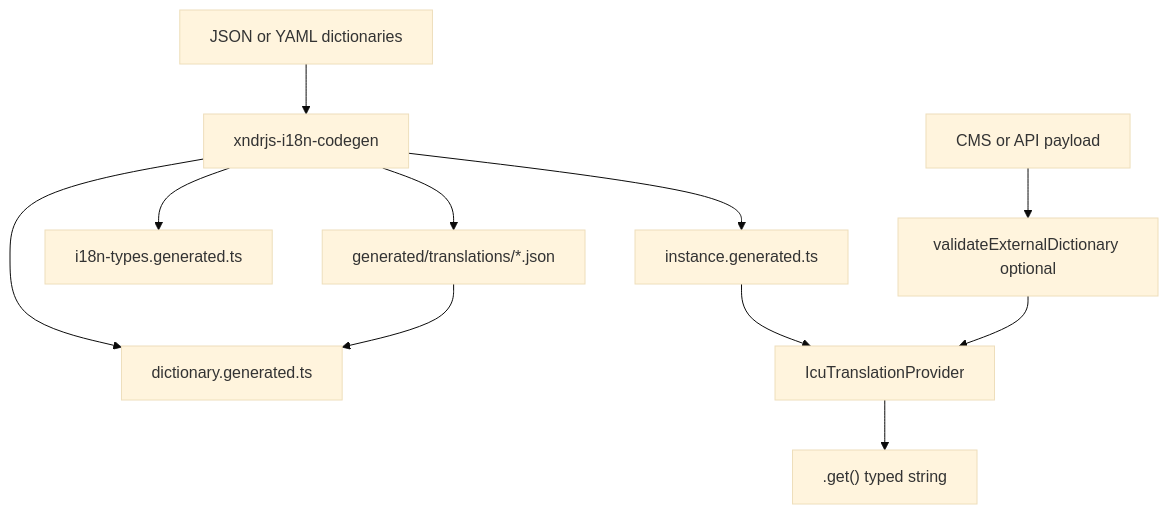
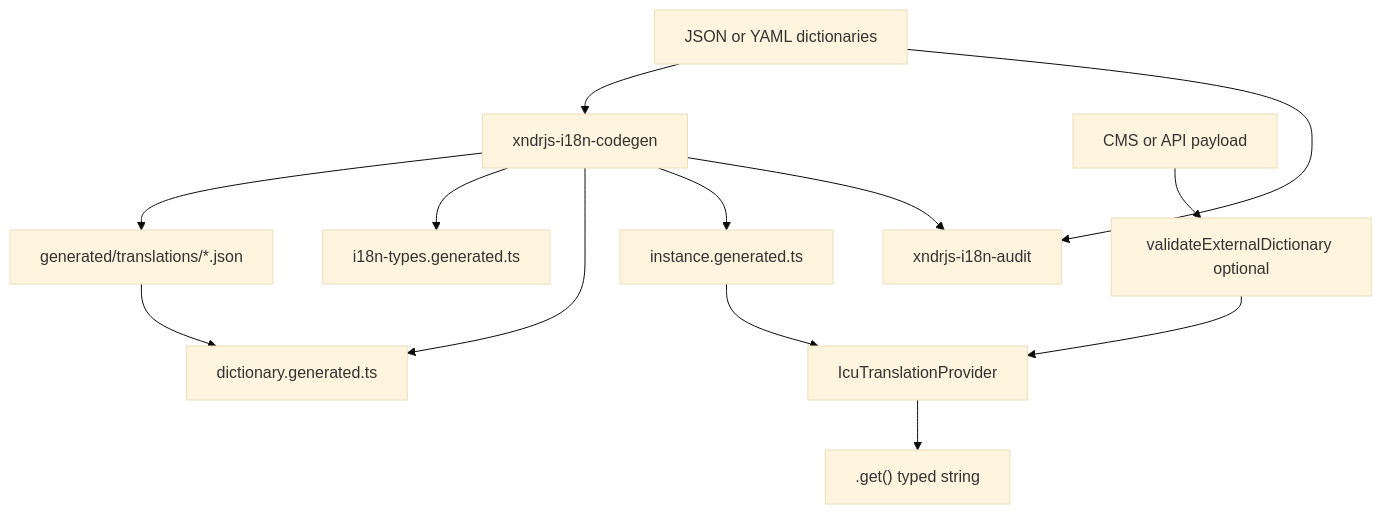
Before and after one commit to xndrjs/toolkit: the diagram in apps/xndrjs-documentation/src/content/docs/v0/infrastructure/i18n.md, drawn with Mermaid (base theme). The commit also changed other lines of this file and 2 other files, not shown here.

````diff
--- a/apps/xndrjs-documentation/src/content/docs/v0/infrastructure/i18n.md
+++ b/apps/xndrjs-documentation/src/content/docs/v0/infrastructure/i18n.md
@@ -10,13 +10,15 @@
 ```mermaid
 flowchart TD
   sources[JSON or YAML dictionaries] --> codegen[xndrjs-i18n-codegen]
   codegen --> compiled[generated/translations/*.json]
   codegen --> types[i18n-types.generated.ts]
   codegen --> dict[dictionary.generated.ts]
   codegen --> factory[instance.generated.ts]
+  sources --> audit[xndrjs-i18n-audit]
+  codegen --> audit
   compiled --> dict
   factory --> provider[IcuTranslationProvider]
   CMS[CMS or API payload] --> validate[validateExternalDictionary optional]
   validate --> provider
   provider --> get[".get() typed string"]
 ```
````
